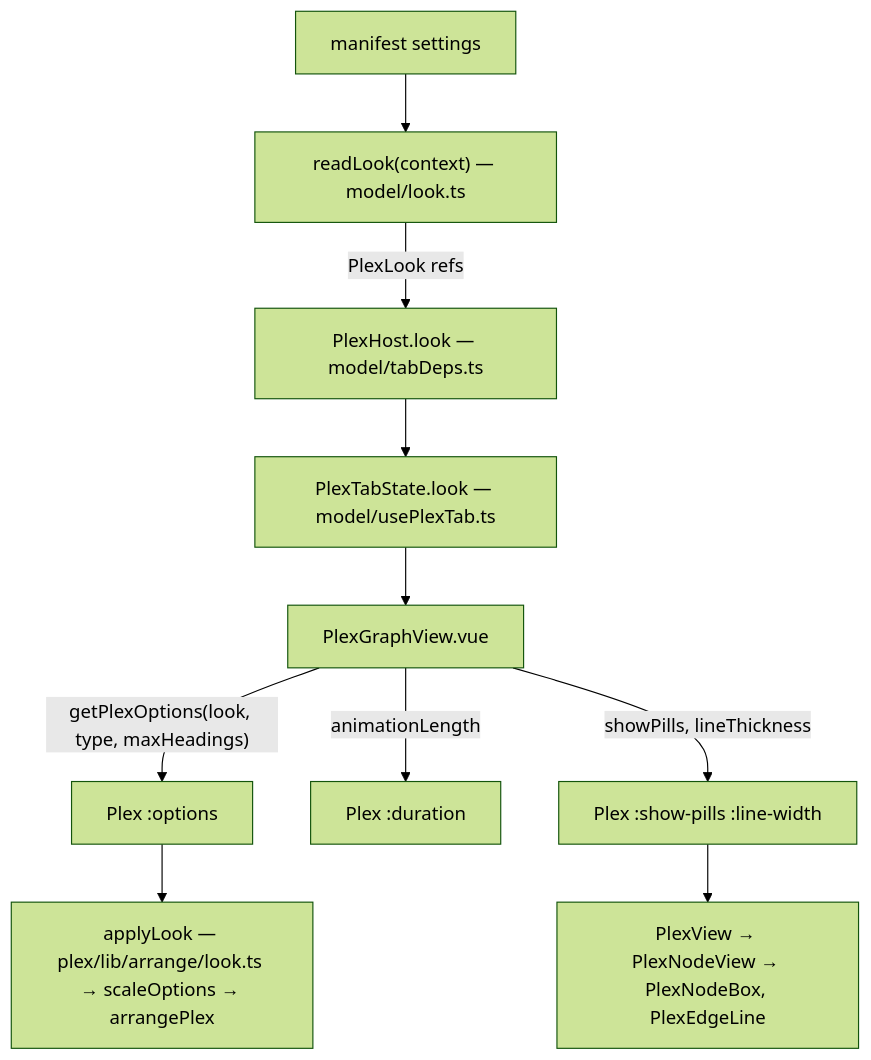
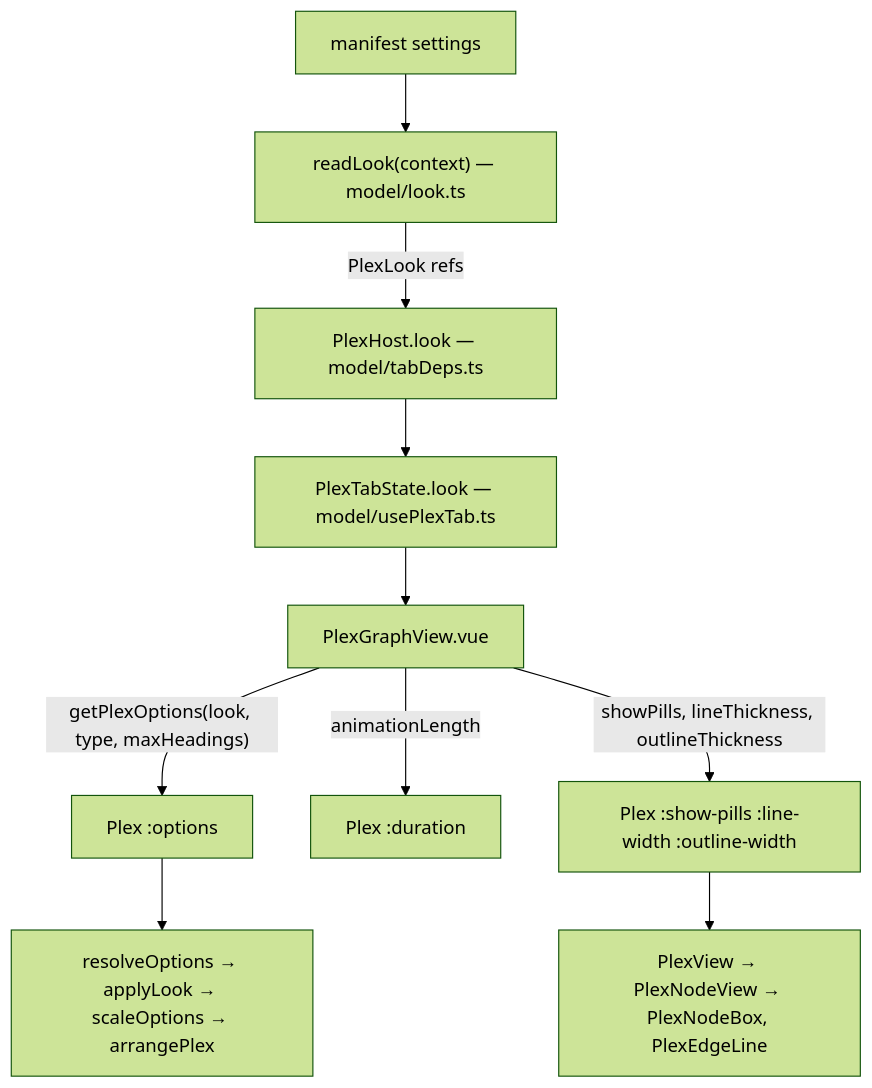
Before and after one commit to jiva-studio/numen: the diagram in .agents/tasks/plex-settings/spec.md, drawn with Mermaid (forest theme). The commit also changed other lines of this file and 1 other file, not shown here.

Commit message:
docs(plex): revise the plex look spec to the owner's answers

````diff
--- a/.agents/tasks/plex-settings/spec.md
+++ b/.agents/tasks/plex-settings/spec.md
@@ -28,12 +31,12 @@
 ```mermaid
 graph TD
   M[manifest settings] --> R["readLook(context) — model/look.ts"]
   R -->|PlexLook refs| H["PlexHost.look — model/tabDeps.ts"]
   H --> S["PlexTabState.look — model/usePlexTab.ts"]
   S --> V["PlexGraphView.vue"]
   V -->|"getPlexOptions(look, type, maxHeadings)"| O["Plex :options"]
-  V -->|"animationLength"| D["Plex :duration"]
-  V -->|"showPills, lineThickness"| P["Plex :show-pills :line-width"]
-  O --> A["applyLook — plex/lib/arrange/look.ts → scaleOptions → arrangePlex"]
+  V -->|animationLength| D["Plex :duration"]
+  V -->|"showPills, lineThickness, outlineThickness"| P["Plex :show-pills :line-width :outline-width"]
+  O --> A["resolveOptions → applyLook → scaleOptions → arrangePlex"]
   P --> N["PlexView → PlexNodeView → PlexNodeBox, PlexEdgeLine"]
 ```
````
